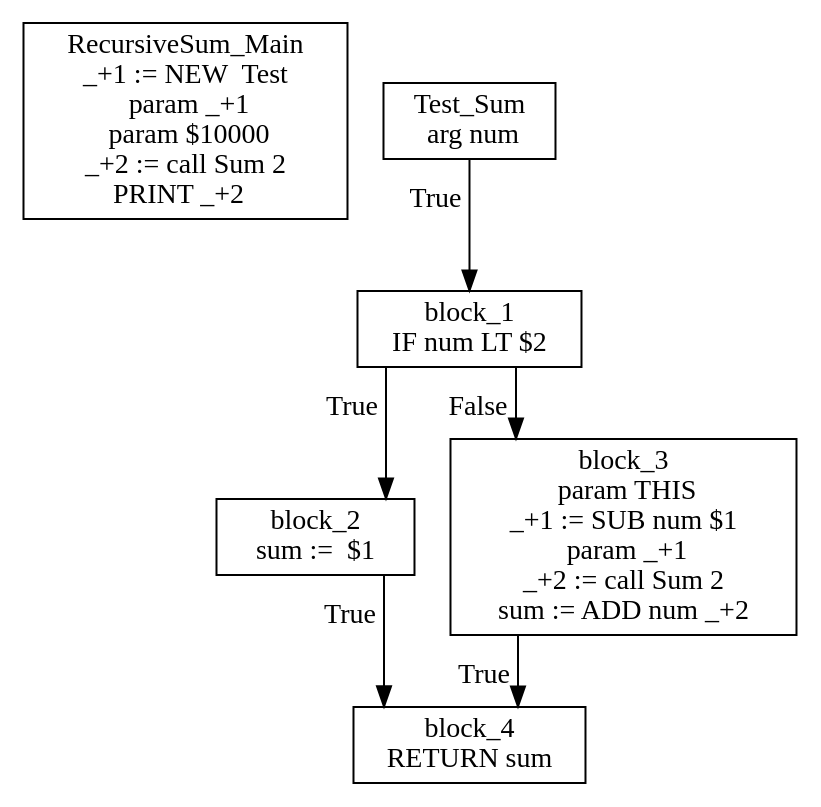
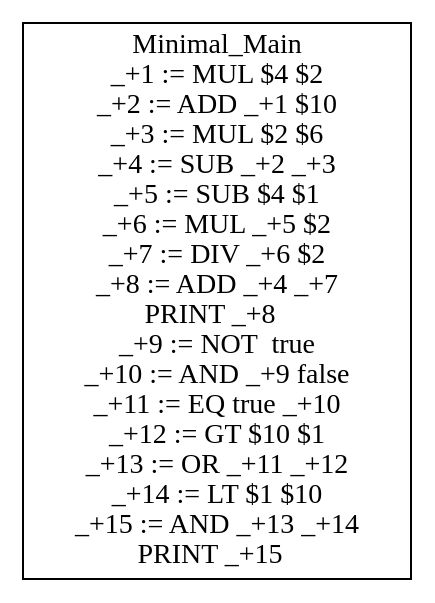
The diagram in IR.dot (AvanaPY/DV1655_Lab1), drawn with Graphviz before and after one commit. The commit also changed 3 other files, not shown here.

```diff
--- a/IR.dot
+++ b/IR.dot
@@ -1,15 +1,5 @@
 digraph {
   graph [splines=ortho]
   node [shape=box]
-  RecursiveSum_Main [label="RecursiveSum_Main\n_+1 := NEW  Test\n  param _+1\n  param $10000\n_+2 := call Sum 2\nPRINT _+2  \n"];
-  Test_Sum [label="Test_Sum\n  arg num\n"];
-  Test_Sum -> block_1[xlabel="True"];
-  block_1 [label="block_1\nIF num LT $2\n"];
-  block_1 -> block_2[xlabel="True"];
-  block_2 [label="block_2\nsum :=  $1 \n"];
-  block_2 -> block_4[xlabel="True"];
-  block_4 [label="block_4\nRETURN sum\n"];
-  block_1 -> block_3[xlabel="False"];
-  block_3 [label="block_3\n  param THIS\n_+1 := SUB num $1\n  param _+1\n_+2 := call Sum 2\nsum := ADD num _+2\n"];
-  block_3 -> block_4[xlabel="True"];
+  Minimal_Main [label="Minimal_Main\n_+1 := MUL $4 $2\n_+2 := ADD _+1 $10\n_+3 := MUL $2 $6\n_+4 := SUB _+2 _+3\n_+5 := SUB $4 $1\n_+6 := MUL _+5 $2\n_+7 := DIV _+6 $2\n_+8 := ADD _+4 _+7\nPRINT _+8  \n_+9 := NOT  true\n_+10 := AND _+9 false\n_+11 := EQ true _+10\n_+12 := GT $10 $1\n_+13 := OR _+11 _+12\n_+14 := LT $1 $10\n_+15 := AND _+13 _+14\nPRINT _+15  \n"];
 }
```
